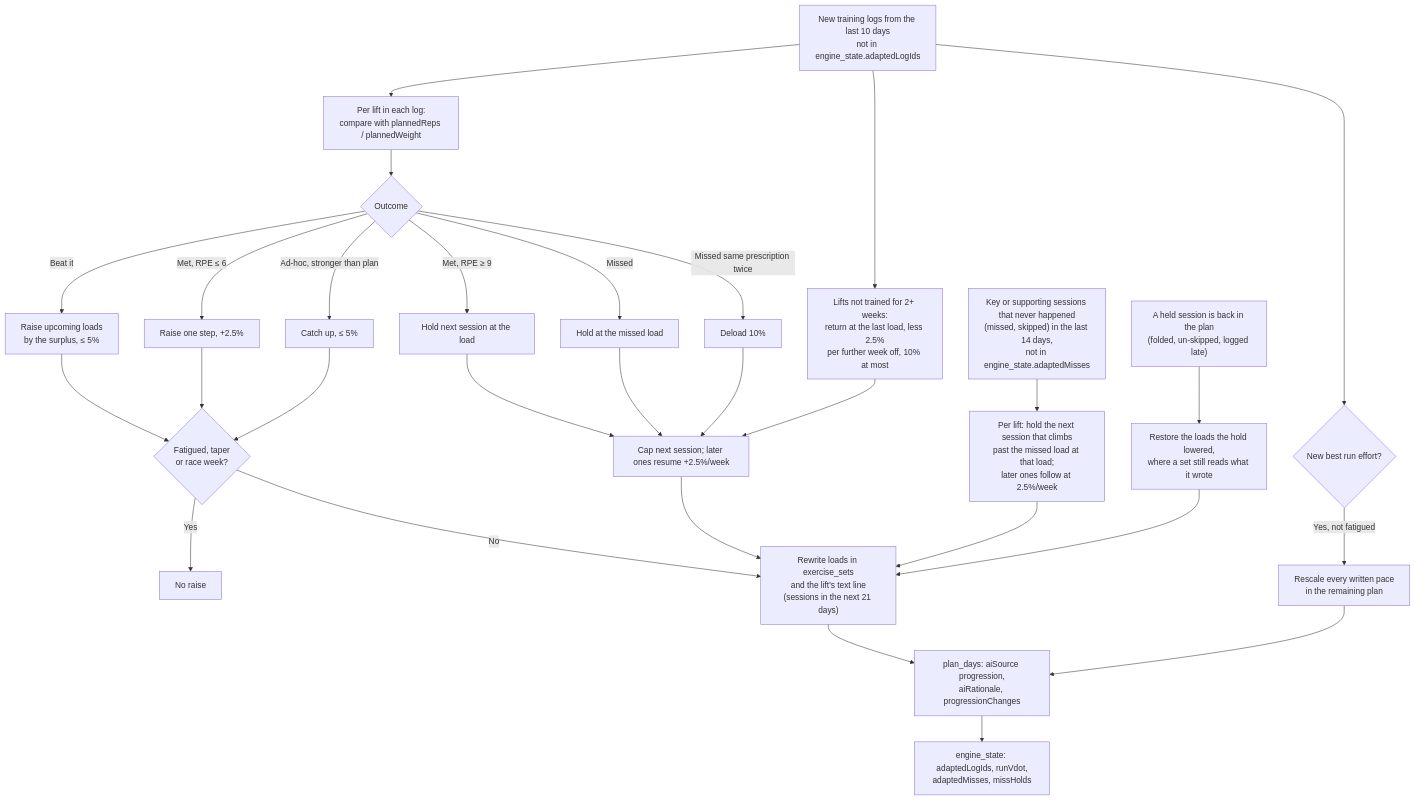
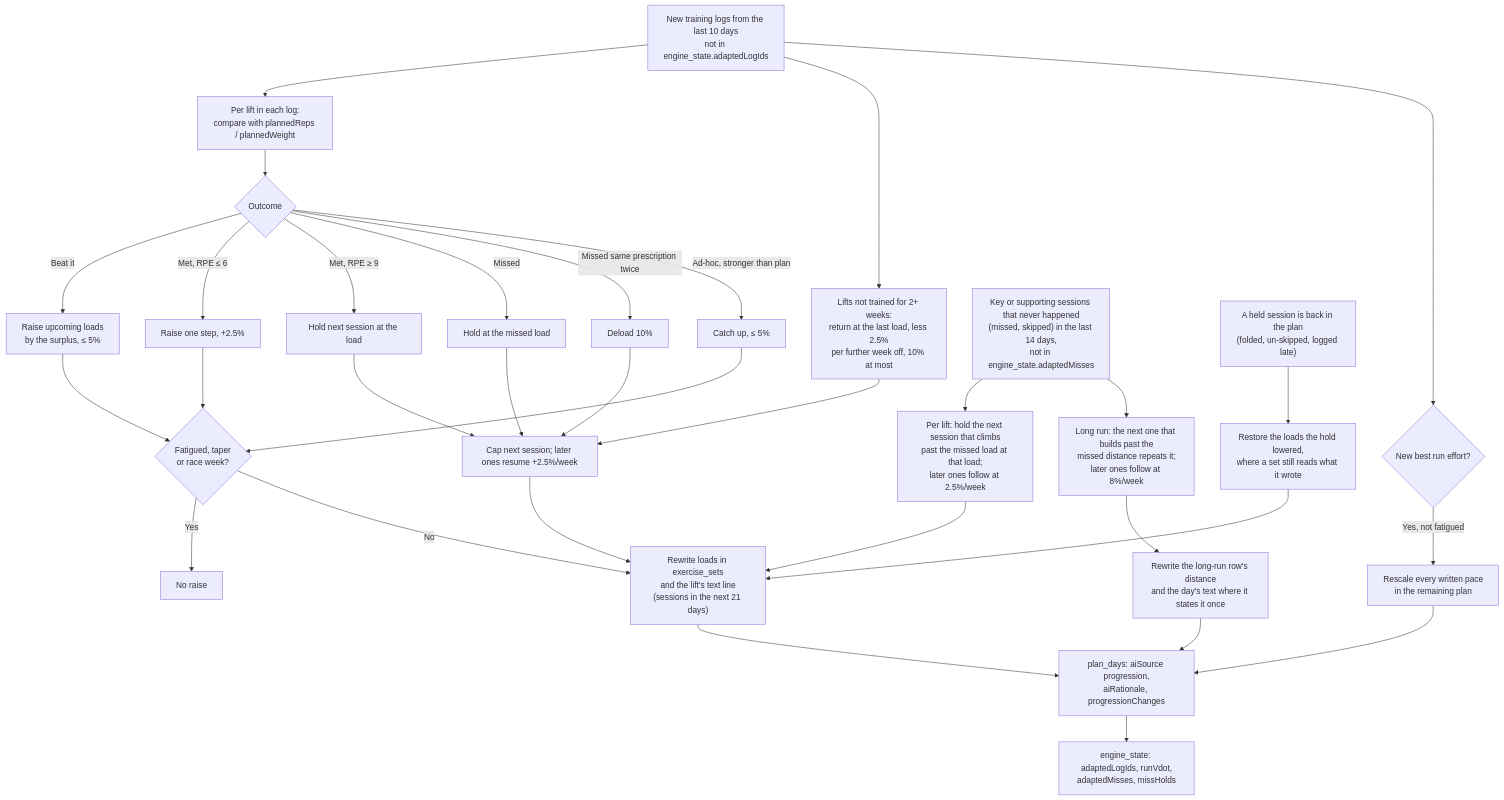
Before and after one commit to daler91/Hyrox-Companion: the fifth of 5 diagrams in docs/ai-coach-auto-regulation-flow.md, drawn with Mermaid. The commit also changed other lines of this file and 21 other files, not shown here.

````diff
--- a/docs/ai-coach-auto-regulation-flow.md
+++ b/docs/ai-coach-auto-regulation-flow.md
@@ -288,27 +288,30 @@
 ```mermaid
 flowchart TD
     A["New training logs from the last 10 days<br/>not in engine_state.adaptedLogIds"] --> B["Per lift in each log:<br/>compare with plannedReps / plannedWeight"]
     B --> C{"Outcome"}
     C -- "Beat it" --> R1["Raise upcoming loads<br/>by the surplus, ≤ 5%"]
     C -- "Met, RPE ≤ 6" --> R2["Raise one step, +2.5%"]
     C -- "Met, RPE ≥ 9" --> H1["Hold next session at the load"]
     C -- "Missed" --> H2["Hold at the missed load"]
     C -- "Missed same prescription twice" --> D1["Deload 10%"]
     C -- "Ad-hoc, stronger than plan" --> R3["Catch up, ≤ 5%"]
     R1 & R2 & R3 --> G{"Fatigued, taper<br/>or race week?"}
     G -- "Yes" --> N1["No raise"]
     G -- "No" --> W["Rewrite loads in exercise_sets<br/>and the lift's text line<br/>(sessions in the next 21 days)"]
     H1 & H2 & D1 --> W2["Cap next session; later ones resume +2.5%/week"]
     W2 --> W
     A --> BR["Lifts not trained for 2+ weeks:<br/>return at the last load, less 2.5%<br/>per further week off, 10% at most"]
     BR --> W2
     MS["Key or supporting sessions that never happened<br/>(missed, skipped) in the last 14 days,<br/>not in engine_state.adaptedMisses"] --> MH["Per lift: hold the next session that climbs<br/>past the missed load at that load;<br/>later ones follow at 2.5%/week"]
     MH --> W
+    MS --> ML["Long run: the next one that builds past the<br/>missed distance repeats it;<br/>later ones follow at 8%/week"]
+    ML --> LR["Rewrite the long-run row's distance<br/>and the day's text where it states it once"]
+    LR --> Z
     MB["A held session is back in the plan<br/>(folded, un-skipped, logged late)"] --> MR["Restore the loads the hold lowered,<br/>where a set still reads what it wrote"]
     MR --> W
     A --> RUN{"New best run effort?"}
     RUN -- "Yes, not fatigued" --> P["Rescale every written pace<br/>in the remaining plan"]
     W --> Z["plan_days: aiSource progression,<br/>aiRationale, progressionChanges"]
     P --> Z
     Z --> S["engine_state: adaptedLogIds, runVdot,<br/>adaptedMisses, missHolds"]
 ```
````
